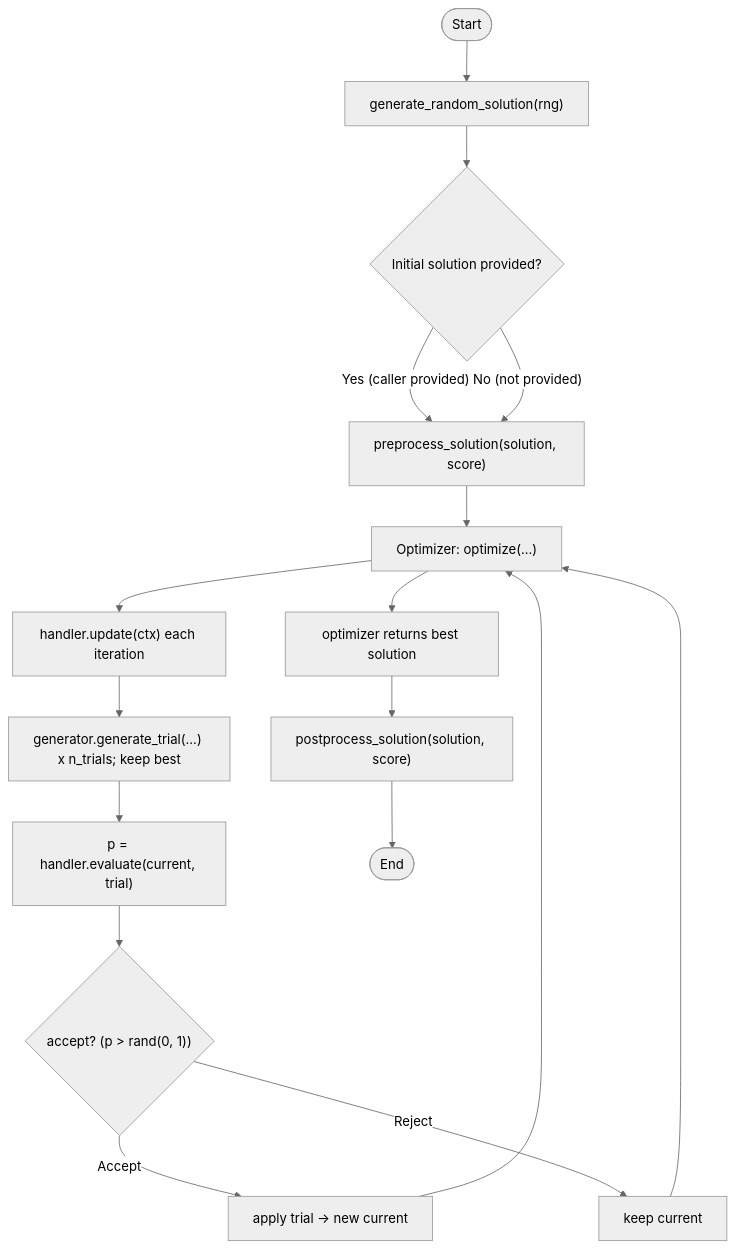
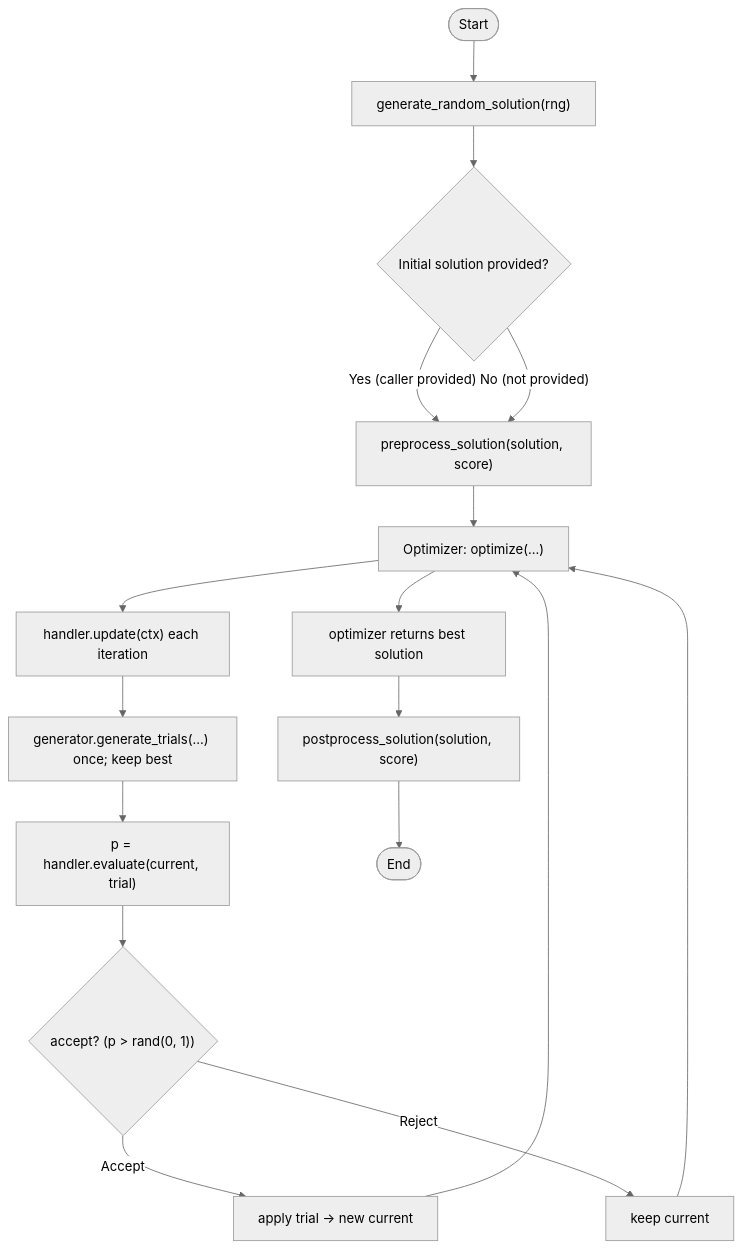
The diagram in API.md (lucidfrontier45/localsearch), drawn with Mermaid (neutral theme) before and after one commit. The commit also changed other lines of this file and 10 other files, not shown here.

````diff
--- a/API.md
+++ b/API.md
@@ -8,19 +8,19 @@
 ```mermaid
 flowchart TD
     Start([Start]) --> GenRand["generate_random_solution(rng)"]
     GenRand --> HasInitial{"Initial solution provided?"}
     HasInitial -- "Yes (caller provided)" --> Pre["preprocess_solution(solution, score)"]
     HasInitial -- "No (not provided)" --> Pre
     Pre --> Optim["Optimizer: optimize(...)"]
     Optim --> Update["handler.update(ctx) each iteration"]
-    Update --> LoopStart["generator.generate_trial(...) x n_trials; keep best"]
+    Update --> LoopStart["generator.generate_trials(...) once; keep best"]
     LoopStart --> Eval["p = handler.evaluate(current, trial)"]
     Eval --> Decide{"accept? (p > rand(0, 1))"}
     Decide -- "Accept" --> Apply["apply trial -> new current"]
     Decide -- "Reject" --> Continue["keep current"]
     Apply --> Optim
     Continue --> Optim
     Optim --> Result["optimizer returns best solution"]
     Result --> Post["postprocess_solution(solution, score)"]
     Post --> End([End])
 ```
````
